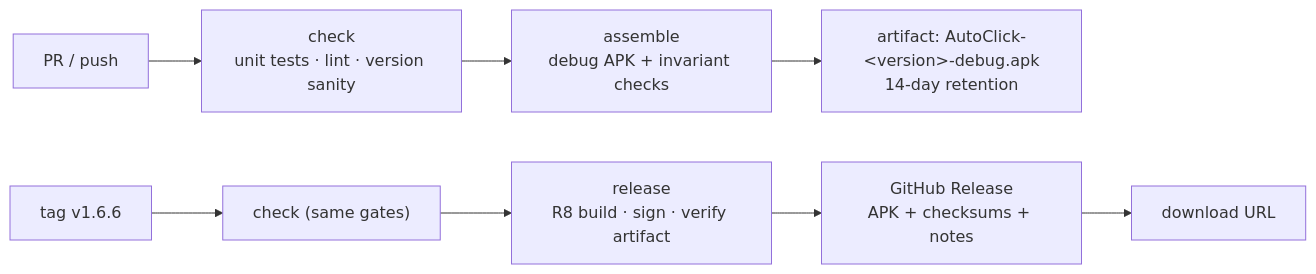
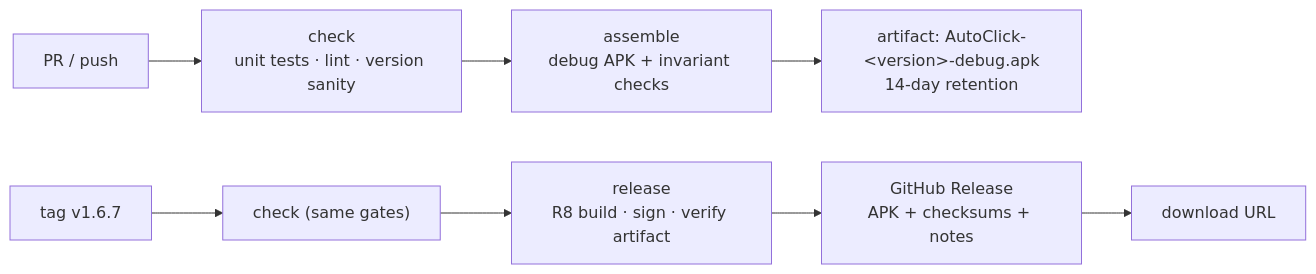
The diagram in docs/CI.md (activebook/auto-click), drawn with Mermaid before and after one commit. The commit also changed other lines of this file and 18 other files, not shown here.

````diff
--- a/docs/CI.md
+++ b/docs/CI.md
@@ -50,10 +50,10 @@
 ```mermaid
 flowchart LR
     PR["PR / push"] --> CHECK["check<br/>unit tests · lint · version sanity"]
     CHECK --> BUILD["assemble<br/>debug APK + invariant checks"]
     BUILD --> ART["artifact: AutoClick-&lt;version&gt;-debug.apk<br/>14-day retention"]
-    TAG["tag v1.6.6"] --> CHECK2["check (same gates)"]
+    TAG["tag v1.6.7"] --> CHECK2["check (same gates)"]
     CHECK2 --> REL["release<br/>R8 build · sign · verify artifact"]
     REL --> PUB["GitHub Release<br/>APK + checksums + notes"]
     PUB --> DONE["download URL"]
 ```
````
